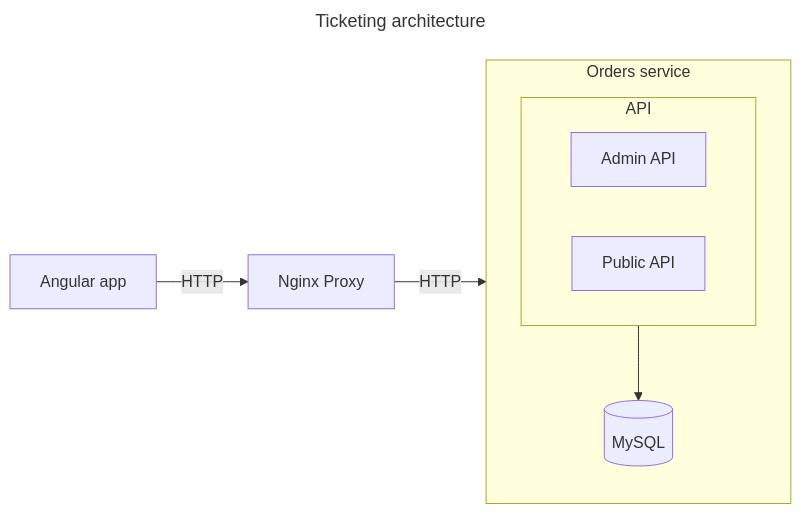
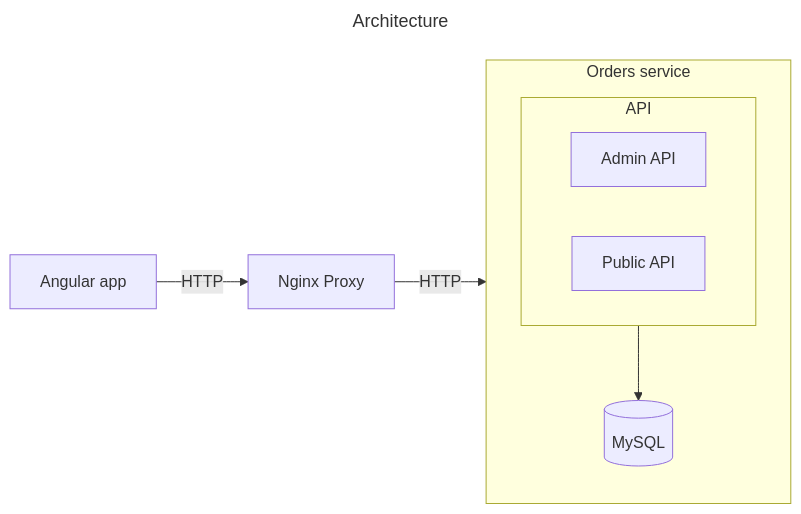
One commit to WeslleyDeSouza/elo-shot-count-report changed the first of 2 diagrams in README.md. Above: the diagram before and after it, drawn with Mermaid.

Commit message:
implementing collection entry in ui->public

````diff
--- a/README.md
+++ b/README.md
@@ -9,23 +9,23 @@
 ```mermaid
 ---
-title: Ticketing architecture
+title: Architecture
 ---
 flowchart LR
 
 %% entities
     FE[Angular app]:::app
     LB[Nginx Proxy]:::proxy
 
     subgraph OS [Orders service]
     direction TB
     subgraph O [API]
         direction LR
         OA[Admin API]:::service
         OP[Public API]:::service
     end
     O --> O-M[(MySQL)]
     end
 
 %% flow
     FE -->|HTTP| LB -->|HTTP| O
 ```
````
